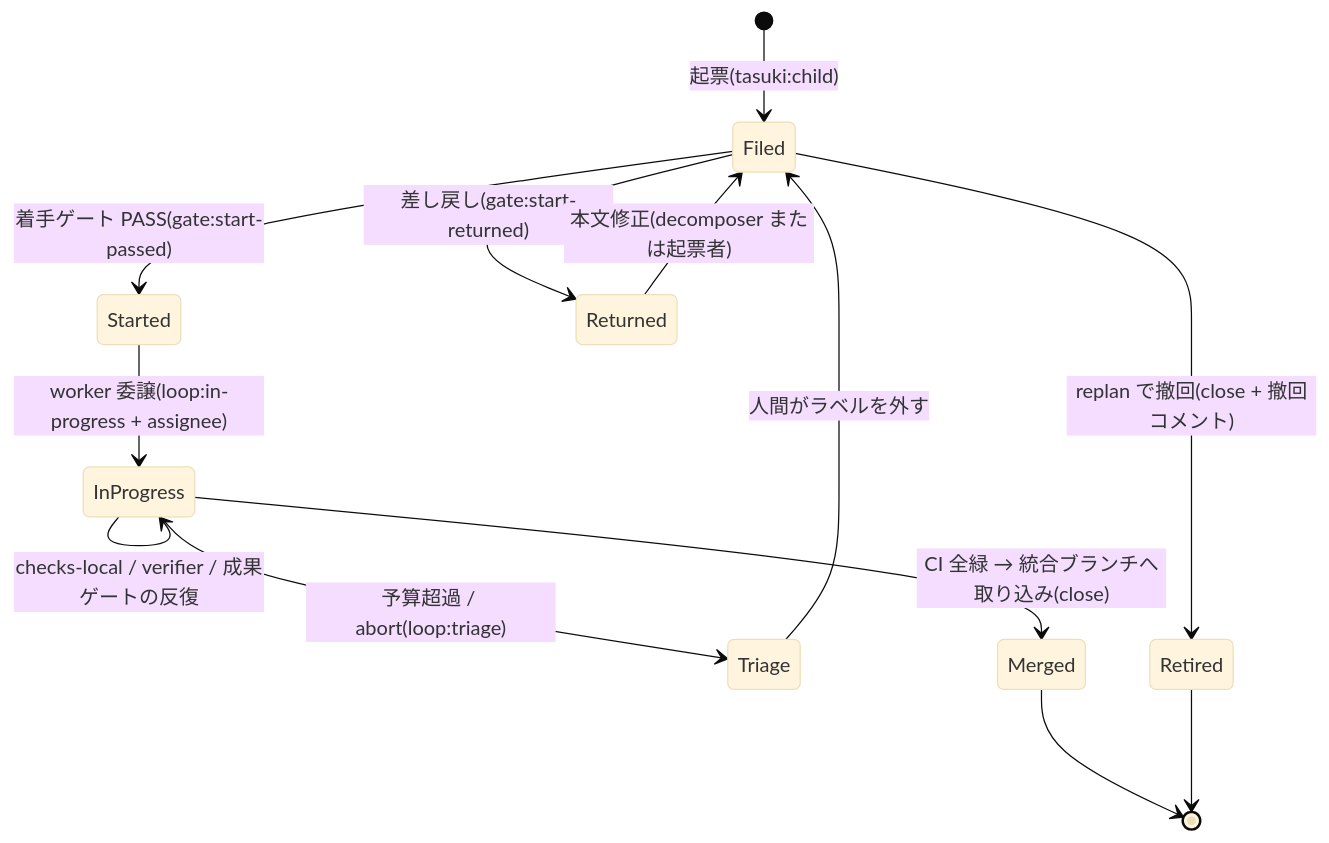
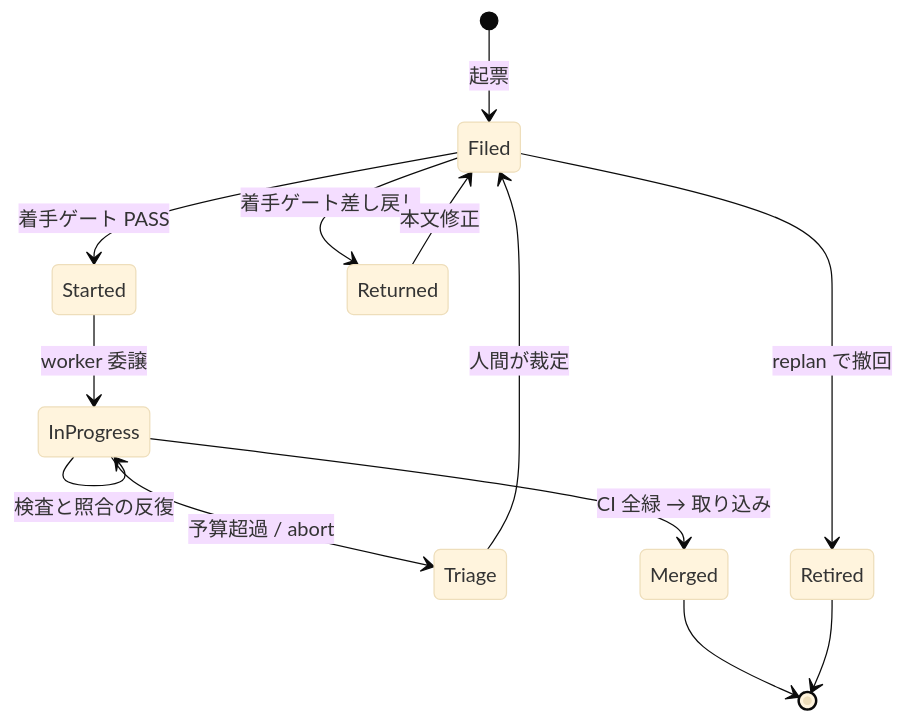
One commit to reonyanarticle/tasuki changed the fourth of 4 diagrams in docs/DESIGN.md. Above: the diagram before and after it, drawn with Mermaid (base theme). The commit also changed other lines of this file and 12 other files, not shown here.

First line of the commit message:
fix: 最終レビュー(コード5観点、mermaid、入口文書)の所見を反映

````diff
--- a/docs/DESIGN.md
+++ b/docs/DESIGN.md
@@ -192,18 +201,18 @@
 ```mermaid
 stateDiagram-v2
     accTitle: 子 issue の状態遷移
-    accDescr: 起票から取り込みまでの子 issue の状態。着手ゲートを通ると実装中になり、差し戻しは worker へ、裁定が要るものは triage で停止する。統合ブランチへの取り込みで close される。replan は未取り込みの子だけを改訂または撤回できる。
+    accDescr: 起票から取り込みまでの子 issue の状態。着手ゲートを通ると実装中になり、差し戻しは worker へ、裁定が要るものは triage で停止する。統合ブランチへの取り込みで close される。replan は未取り込みの子だけを撤回できる。
 
-    [*] --> Filed: 起票(tasuki:child)
-    Filed --> Started: 着手ゲート PASS(gate:start-passed)
-    Filed --> Returned: 差し戻し(gate:start-returned)
-    Returned --> Filed: 本文修正(decomposer または起票者)
-    Started --> InProgress: worker 委譲(loop:in-progress + assignee)
-    InProgress --> InProgress: checks-local / verifier / 成果ゲートの反復
-    InProgress --> Merged: CI 全緑 → 統合ブランチへ取り込み(close)
-    InProgress --> Triage: 予算超過 / abort(loop:triage)
-    Triage --> Filed: 人間がラベルを外す
-    Filed --> Retired: replan で撤回(close + 撤回コメント)
+    [*] --> Filed: 起票
+    Filed --> Started: 着手ゲート PASS
+    Filed --> Returned: 着手ゲート差し戻し
+    Returned --> Filed: 本文修正
+    Started --> InProgress: worker 委譲
+    InProgress --> InProgress: 検査と照合の反復
+    InProgress --> Merged: CI 全緑 → 取り込み
+    InProgress --> Triage: 予算超過 / abort
+    Triage --> Filed: 人間が裁定
+    Filed --> Retired: replan で撤回
     Merged --> [*]
     Retired --> [*]
 ```
````
